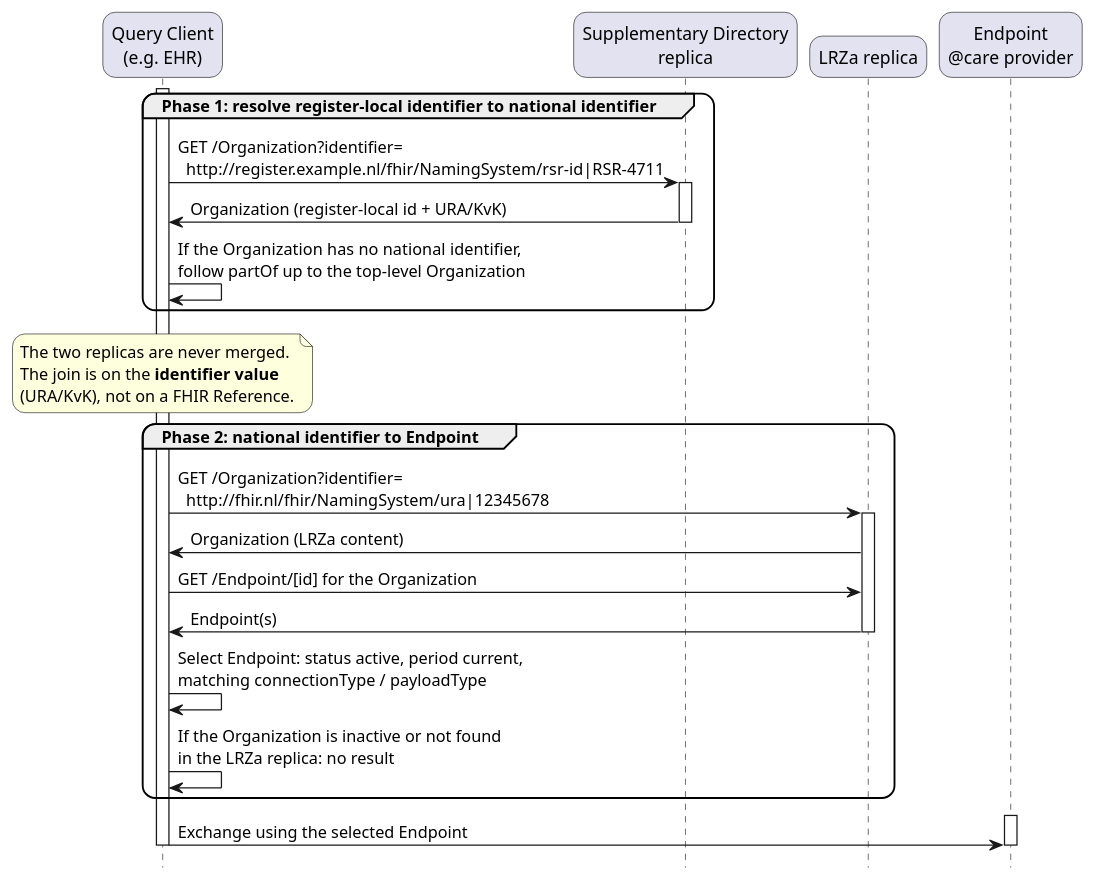
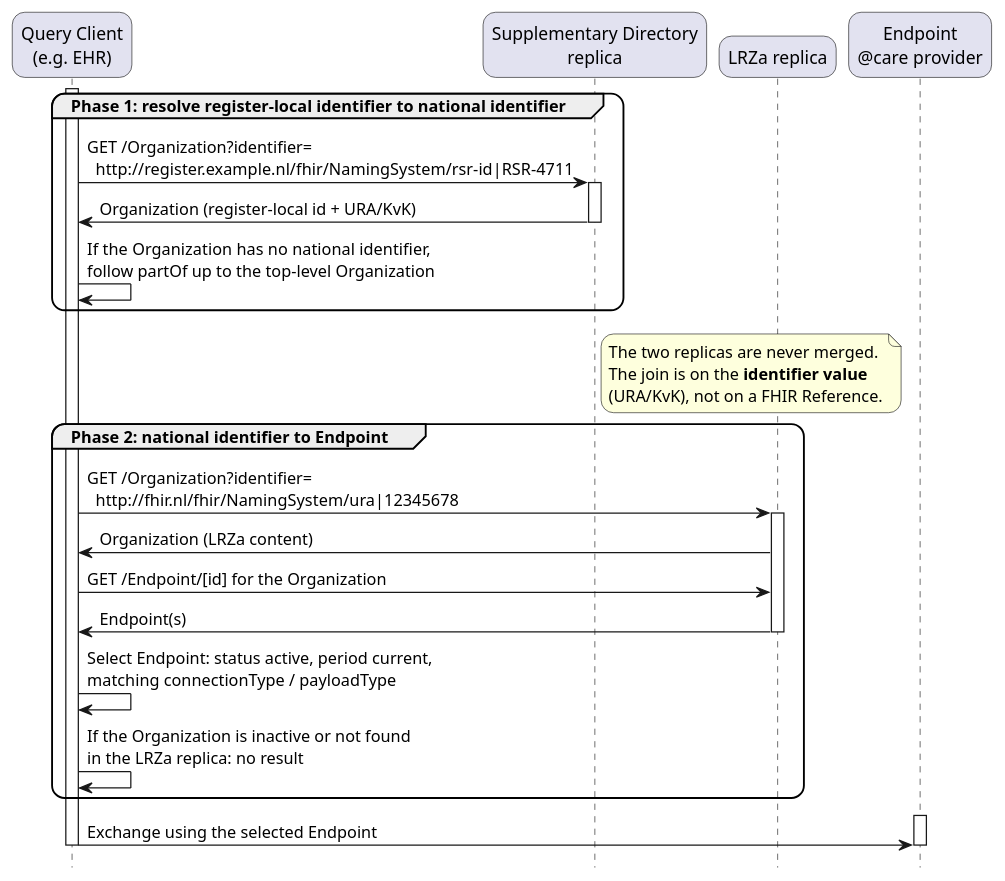
One commit to minvws/generiekefuncties-docs changed the diagram in input/images-source/care-services-supplementary-register-lookup.plantuml. Above: the diagram before and after it, drawn with PlantUML. The commit also changed 2 other files, not shown here.

```diff
--- a/input/images-source/care-services-supplementary-register-lookup.plantuml
+++ b/input/images-source/care-services-supplementary-register-lookup.plantuml
@@ -1,47 +1,47 @@
 @startuml care-services-supplementary-register-lookup
 
 skinparam roundcorner 20
 skinparam defaultFontName Arial
 hide footbox
 
 !pragma teoz true
 
 participant QC as "Query Client\n(e.g. EHR)"
 participant SR as "Supplementary Directory\nreplica"
 participant LR as "LRZa replica"
 participant EP as "Endpoint\n@care provider"
 
 activate QC
 
 group Phase 1: resolve register-local identifier to national identifier
  QC -> SR: GET /Organization?identifier=\n  http://register.example.nl/fhir/NamingSystem/rsr-id|RSR-4711
  activate SR
  SR -> QC: Organization (register-local id + URA/KvK)
  deactivate SR
  QC -> QC: If the Organization has no national identifier,\nfollow partOf up to the top-level Organization
 end
 
-note over QC
+note right of SR
   The two replicas are never merged.
   The join is on the **identifier value**
   (URA/KvK), not on a FHIR Reference.
 end note
 
 group Phase 2: national identifier to Endpoint
  QC -> LR: GET /Organization?identifier=\n  http://fhir.nl/fhir/NamingSystem/ura|12345678
  activate LR
  LR -> QC: Organization (LRZa content)
  QC -> LR: GET /Endpoint/[id] for the Organization
  LR -> QC: Endpoint(s)
  deactivate LR
  QC -> QC: Select Endpoint: status active, period current,\nmatching connectionType / payloadType
  QC -> QC: If the Organization is inactive or not found\nin the LRZa replica: no result
 end
 
 activate EP
 QC -> EP: Exchange using the selected Endpoint
 deactivate EP
 
 deactivate QC
 
 @enduml
```
